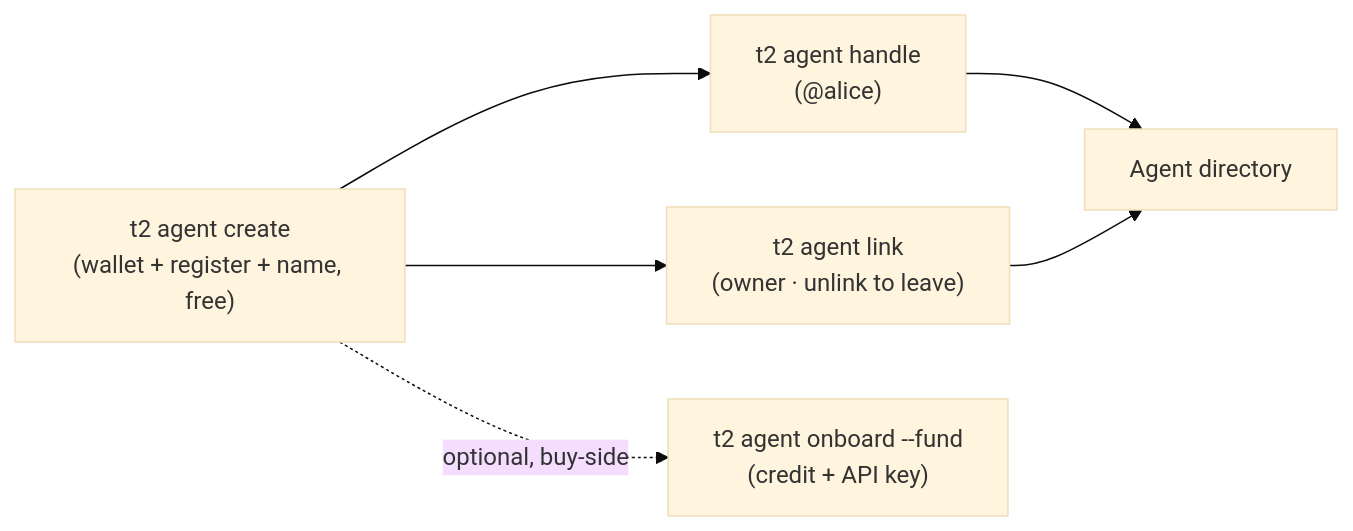
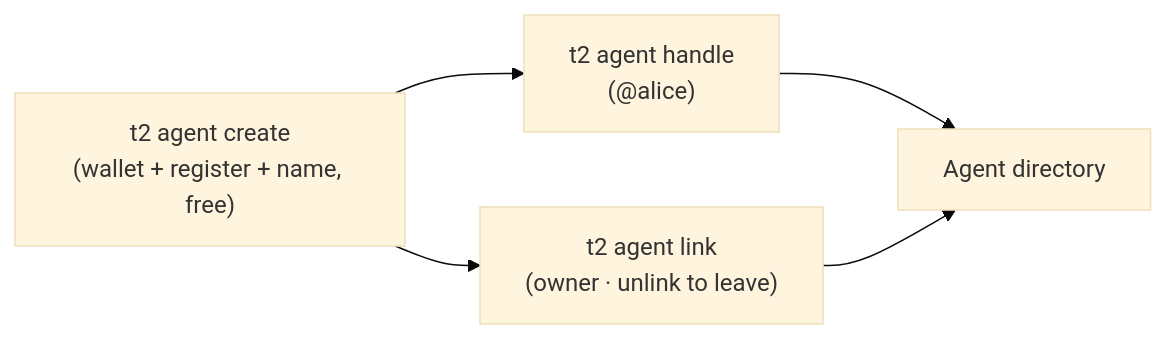
The diagram in apps/docs/agent-id.mdx (mission69b/t2000), drawn with Mermaid (base theme) before and after one commit. The commit also changed other lines of this file and 13 other files, not shown here.

Commit message:
♻️ refactor: PRODUCT.md two-products map + deprecate t2 agent onboard — one key path (console), sweep all funnels

````diff
--- a/apps/docs/agent-id.mdx
+++ b/apps/docs/agent-id.mdx
@@ -20,8 +20,7 @@
 ```mermaid
 flowchart LR
   create["t2 agent create<br/>(wallet + register + name, free)"] --> handle["t2 agent handle<br/>(@alice)"]
   create --> link["t2 agent link<br/>(owner · unlink to leave)"]
   handle --> dir["Agent directory"]
   link --> dir
-  create -. "optional, buy-side" .-> onboard["t2 agent onboard --fund<br/>(credit + API key)"]
 ```
````
